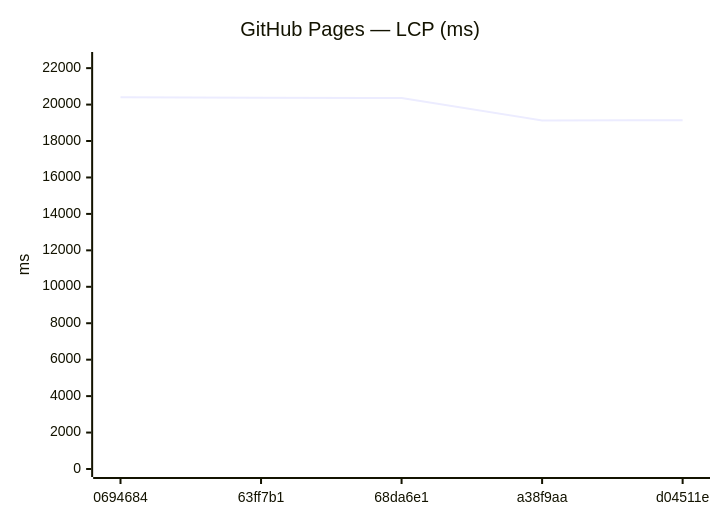
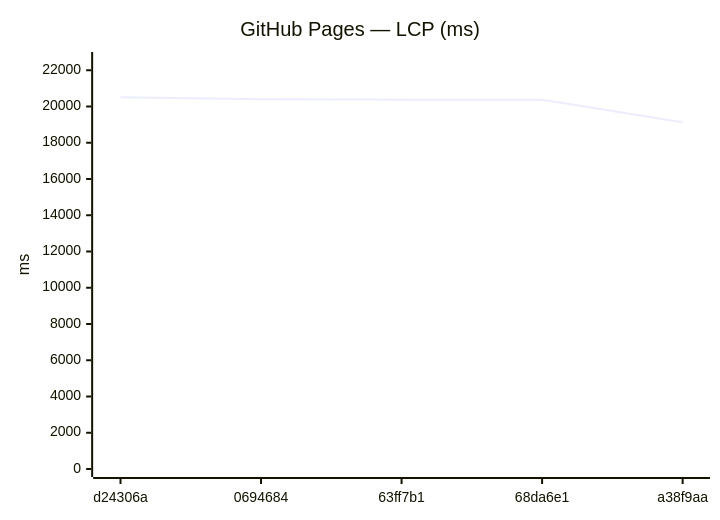
Before and after one commit to Metaheurist/Rianell: the ninth of 18 diagrams in benchmarks/compare.md, drawn with Mermaid. The commit also changed other lines of this file and 11 other files, not shown here.

````diff
--- a/benchmarks/compare.md
+++ b/benchmarks/compare.md
@@ -142,7 +142,7 @@
 ```mermaid
 xychart-beta
     title "GitHub Pages — LCP (ms)"
-    x-axis ["0694684", "63ff7b1", "68da6e1", "a38f9aa", "d04511e"]
-    y-axis "ms" 0 --> 22447
-    line [20406, 20374, 20366, 19133, 19145]
+    x-axis ["d24306a", "0694684", "63ff7b1", "68da6e1", "a38f9aa"]
+    y-axis "ms" 0 --> 22565
+    line [20513, 20406, 20374, 20366, 19133]
 ```
````
